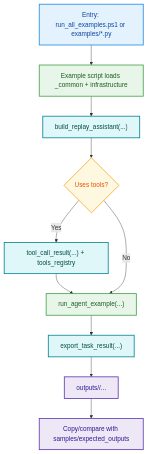
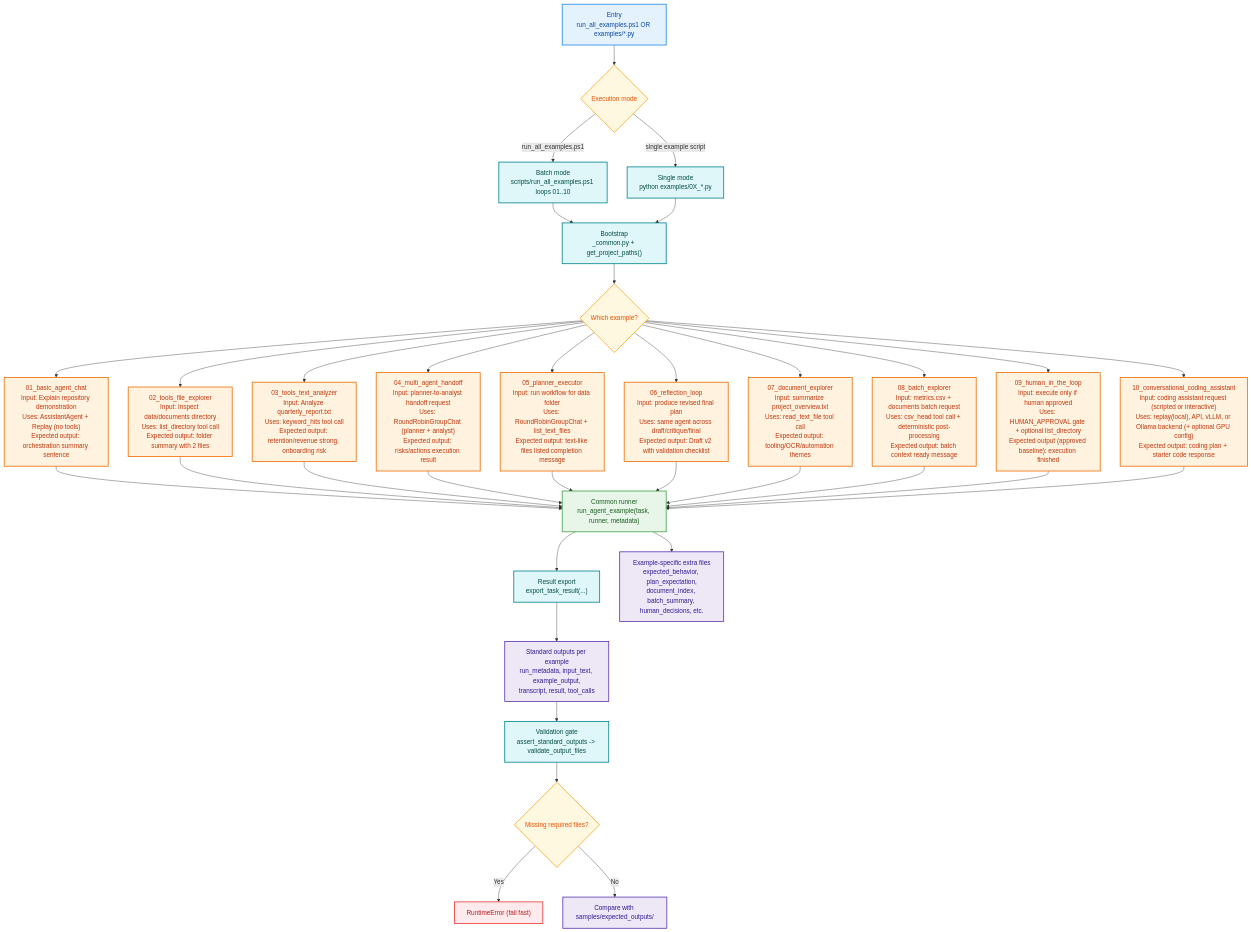
Before and after one commit to felipephelp/AutoGen_Examples: the diagram in README.md, drawn with Mermaid. The commit also changed other lines of this file and 37 other files, not shown here.

Commit message:
feat: add conversational coding assistant with replay/api/vllm/ollama backends

````diff
--- a/README.md
+++ b/README.md
@@ -37,23 +37,57 @@
 ```mermaid
 flowchart TD
-    A["Entry: run_all_examples.ps1 or examples/*.py"]:::entry
-    B["Example script loads _common + infrastructure"]:::process
-    C["build_replay_assistant(...)"]:::module
-    D{"Uses tools?"}:::decision
-    E["tool_call_result(...) + tools_registry"]:::module
-    F["run_agent_example(...)"]:::process
-    G["export_task_result(...)"]:::module
-    H["outputs/<example_id>/..."]:::output
-    I["Copy/compare with samples/expected_outputs"]:::output
+    A["Entry<br/>run_all_examples.ps1 OR examples/*.py"]:::entry
+    B{"Execution mode"}:::decision
+    B1["Batch mode<br/>scripts/run_all_examples.ps1 loops 01..10"]:::module
+    B2["Single mode<br/>python examples/0X_*.py"]:::module
+    C["Bootstrap<br/>_common.py + get_project_paths()"]:::module
+    D{"Which example?"}:::decision
 
-    A --> B --> C --> D
-    D -- "Yes" --> E --> F
-    D -- "No" --> F
-    F --> G --> H --> I
+    E01["01_basic_agent_chat<br/>Input: Explain repository demonstration<br/>Uses: AssistantAgent + Replay (no tools)<br/>Expected output: orchestration summary sentence"]:::example
+    E02["02_tools_file_explorer<br/>Input: Inspect data/documents directory<br/>Uses: list_directory tool call<br/>Expected output: folder summary with 2 files"]:::example
+    E03["03_tools_text_analyzer<br/>Input: Analyze quarterly_report.txt<br/>Uses: keyword_hits tool call<br/>Expected output: retention/revenue strong, onboarding risk"]:::example
+    E04["04_multi_agent_handoff<br/>Input: planner-to-analyst handoff request<br/>Uses: RoundRobinGroupChat (planner + analyst)<br/>Expected output: risks/actions execution result"]:::example
+    E05["05_planner_executor<br/>Input: run workflow for data folder<br/>Uses: RoundRobinGroupChat + list_text_files<br/>Expected output: text-like files listed completion message"]:::example
+    E06["06_reflection_loop<br/>Input: produce revised final plan<br/>Uses: same agent across draft/critique/final<br/>Expected output: Draft v2 with validation checklist"]:::example
+    E07["07_document_explorer<br/>Input: summarize project_overview.txt<br/>Uses: read_text_file tool call<br/>Expected output: tooling/OCR/automation themes"]:::example
+    E08["08_batch_explorer<br/>Input: metrics.csv + documents batch request<br/>Uses: csv_head tool call + deterministic post-processing<br/>Expected output: batch context ready message"]:::example
+    E09["09_human_in_the_loop<br/>Input: execute only if human approved<br/>Uses: HUMAN_APPROVAL gate + optional list_directory<br/>Expected output (approved baseline): execution finished"]:::example
+    E10["10_conversational_coding_assistant<br/>Input: coding assistant request (scripted or interactive)<br/>Uses: replay(local), API, vLLM, or Ollama backend (+ optional GPU config)<br/>Expected output: coding plan + starter code response"]:::example
+
+    F["Common runner<br/>run_agent_example(task, runner, metadata)"]:::process
+    G["Result export<br/>export_task_result(...)"]:::module
+    H["Standard outputs per example<br/>run_metadata, input_text, example_output,<br/>transcript, result, tool_calls"]:::output
+    I["Example-specific extra files<br/>expected_behavior, plan_expectation,<br/>document_index, batch_summary, human_decisions, etc."]:::output
+    J["Validation gate<br/>assert_standard_outputs -> validate_output_files"]:::module
+    K{"Missing required files?"}:::decision
+    L["RuntimeError (fail fast)"]:::error
+    M["Compare with samples/expected_outputs/<example_id>"]:::output
+
+    A --> B
+    B -- "run_all_examples.ps1" --> B1 --> C
+    B -- "single example script" --> B2 --> C
+    C --> D
+    D --> E01 --> F
+    D --> E02 --> F
+    D --> E03 --> F
+    D --> E04 --> F
+    D --> E05 --> F
+    D --> E06 --> F
+    D --> E07 --> F
+    D --> E08 --> F
+    D --> E09 --> F
+    D --> E10 --> F
+    F --> G --> H
+    F --> I
+    H --> J --> K
+    K -- "Yes" --> L
+    K -- "No" --> M
 
     classDef entry fill:#E3F2FD,stroke:#1E88E5,color:#0D47A1,stroke-width:2px;
     classDef process fill:#E8F5E9,stroke:#43A047,color:#1B5E20,stroke-width:2px;
     classDef decision fill:#FFF8E1,stroke:#F9A825,color:#E65100,stroke-width:2px;
     classDef module fill:#E0F7FA,stroke:#00838F,color:#004D40,stroke-width:2px;
     classDef output fill:#EDE7F6,stroke:#5E35B1,color:#311B92,stroke-width:2px;
+    classDef example fill:#FFF3E0,stroke:#EF6C00,color:#BF360C,stroke-width:2px;
+    classDef error fill:#FFEBEE,stroke:#E53935,color:#B71C1C,stroke-width:2px;
 ```
````
